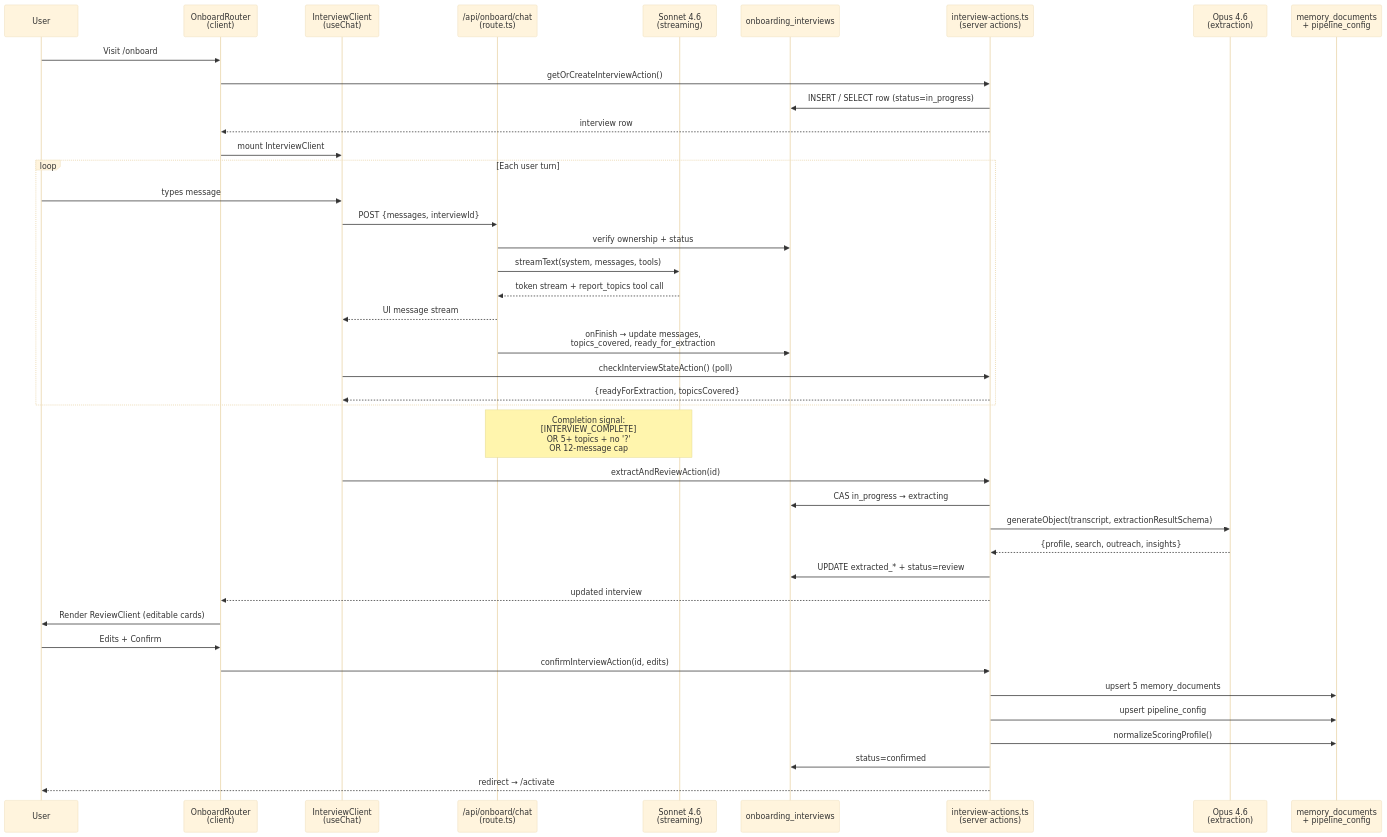
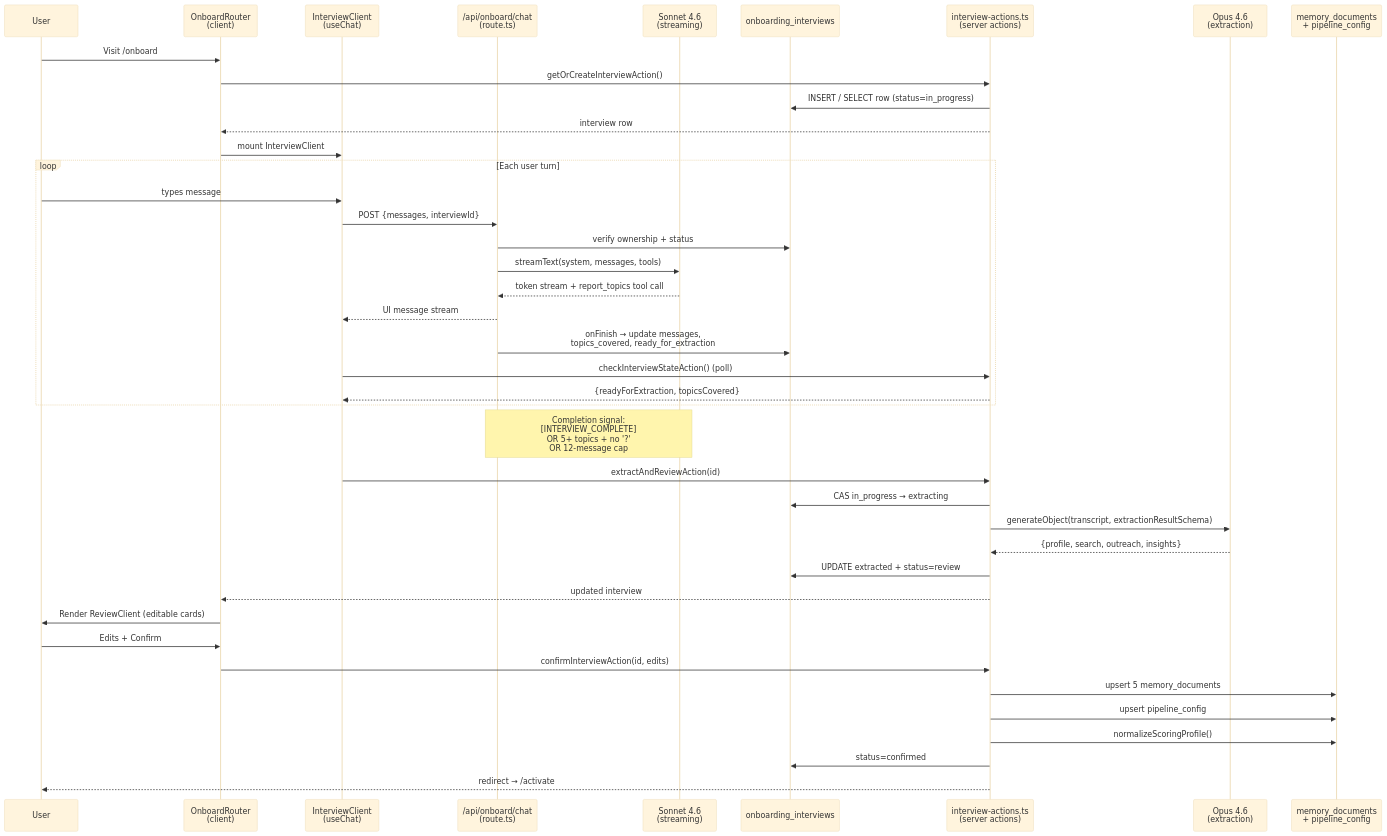
One commit to omarrns/gtm-command-center changed the diagram in docs/onboarding-architecture.md. Above: the diagram before and after it, drawn with Mermaid (base theme). The commit also changed other lines of this file and 19 other files, not shown here.

````diff
--- a/docs/onboarding-architecture.md
+++ b/docs/onboarding-architecture.md
@@ -64,48 +64,48 @@
 ```mermaid
 sequenceDiagram
     participant U as User
     participant R as OnboardRouter<br/>(client)
     participant IC as InterviewClient<br/>(useChat)
     participant API as /api/onboard/chat<br/>(route.ts)
     participant S as Sonnet 4.6<br/>(streaming)
     participant DB as onboarding_interviews
     participant IA as interview-actions.ts<br/>(server actions)
     participant O as Opus 4.6<br/>(extraction)
     participant MEM as memory_documents<br/>+ pipeline_config
 
     U->>R: Visit /onboard
     R->>IA: getOrCreateInterviewAction()
     IA->>DB: INSERT / SELECT row (status=in_progress)
     IA-->>R: interview row
     R->>IC: mount InterviewClient
 
     loop Each user turn
         U->>IC: types message
         IC->>API: POST {messages, interviewId}
         API->>DB: verify ownership + status
         API->>S: streamText(system, messages, tools)
         S-->>API: token stream + report_topics tool call
         API-->>IC: UI message stream
         API->>DB: onFinish → update messages,<br/>topics_covered, ready_for_extraction
         IC->>IA: checkInterviewStateAction() (poll)
         IA-->>IC: {readyForExtraction, topicsCovered}
     end
 
     Note over S,API: Completion signal:<br/>[INTERVIEW_COMPLETE]<br/>OR 5+ topics + no '?'<br/>OR 12-message cap
 
     IC->>IA: extractAndReviewAction(id)
     IA->>DB: CAS in_progress → extracting
     IA->>O: generateObject(transcript, extractionResultSchema)
     O-->>IA: {profile, search, outreach, insights}
-    IA->>DB: UPDATE extracted_* + status=review
+    IA->>DB: UPDATE extracted + status=review
     IA-->>R: updated interview
 
     R->>U: Render ReviewClient (editable cards)
     U->>R: Edits + Confirm
     R->>IA: confirmInterviewAction(id, edits)
     IA->>MEM: upsert 5 memory_documents
     IA->>MEM: upsert pipeline_config
     IA->>MEM: normalizeScoringProfile()
     IA->>DB: status=confirmed
     IA-->>U: redirect → /activate
 ```
````
